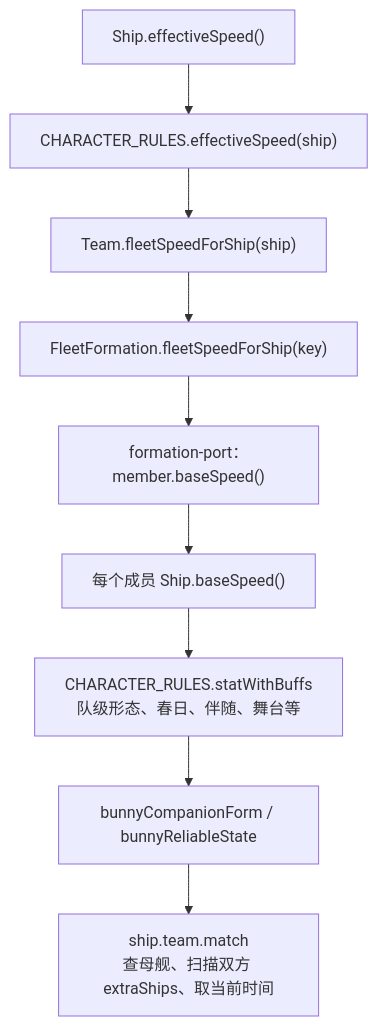
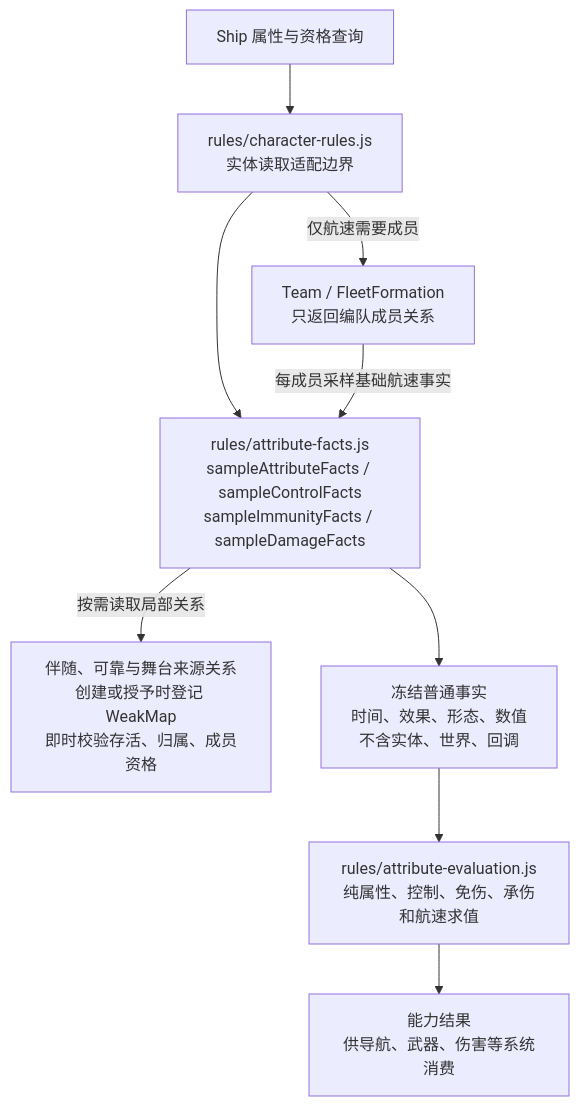
Before and after one commit to Haruhi-Labs/TDOS: the seventh of 8 diagrams in docs/architecture-map.md, drawn with Mermaid. The commit also changed other lines of this file and 4 other files, not shown here.

Commit message:
docs(architecture): 更新状态所有权地图与完整验收证据

````diff
--- a/docs/architecture-map.md
+++ b/docs/architecture-map.md
@@ -333,13 +339,17 @@
 ```mermaid
 flowchart TB
-  S["Ship.effectiveSpeed()"]
-  R["CHARACTER_RULES.effectiveSpeed(ship)"]
-  T["Team.fleetSpeedForShip(ship)"]
-  F["FleetFormation.fleetSpeedForShip(key)"]
-  P["formation-port：member.baseSpeed()"]
-  B["每个成员 Ship.baseSpeed()"]
-  C["CHARACTER_RULES.statWithBuffs<br/>队级形态、春日、伴随、舞台等"]
-  BR["bunnyCompanionForm / bunnyReliableState"]
-  WORLD["ship.team.match<br/>查母舰、扫描双方 extraShips、取当前时间"]
-  S --> R --> T --> F --> P --> B --> C --> BR --> WORLD
+  S["Ship 属性与资格查询"]
+  R["rules/character-rules.js<br/>实体读取适配边界"]
+  M["Team / FleetFormation<br/>只返回编队成员关系"]
+  A["rules/attribute-facts.js<br/>sampleAttributeFacts / sampleControlFacts<br/>sampleImmunityFacts / sampleDamageFacts"]
+  REL["伴随、可靠与舞台来源关系<br/>创建或授予时登记 WeakMap<br/>即时校验存活、归属、成员资格"]
+  FACT["冻结普通事实<br/>时间、效果、形态、数值<br/>不含实体、世界、回调"]
+  E["rules/attribute-evaluation.js<br/>纯属性、控制、免伤、承伤和航速求值"]
+  OUT["能力结果<br/>供导航、武器、伤害等系统消费"]
+  S --> R
+  R -->|仅航速需要成员| M
+  R --> A
+  M -->|每成员采样基础航速事实| A
+  A -->|按需读取局部关系| REL
+  A --> FACT --> E --> OUT
 ```
````
